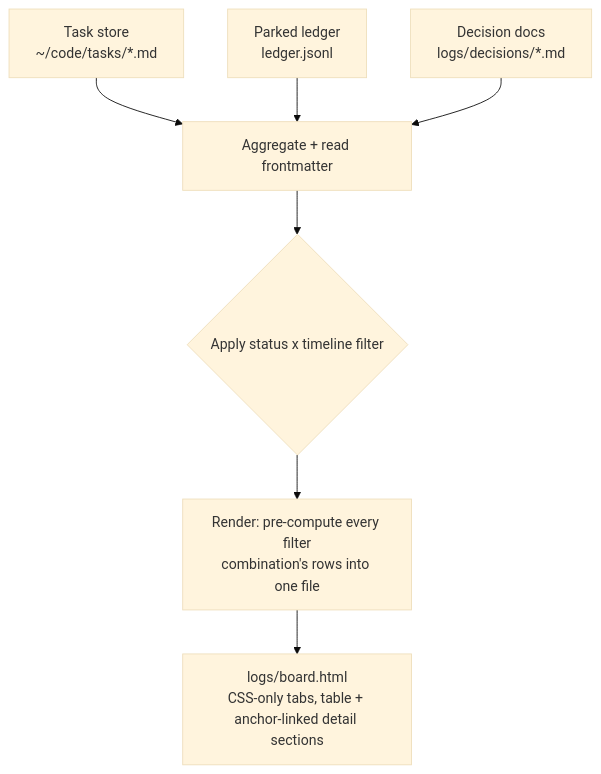
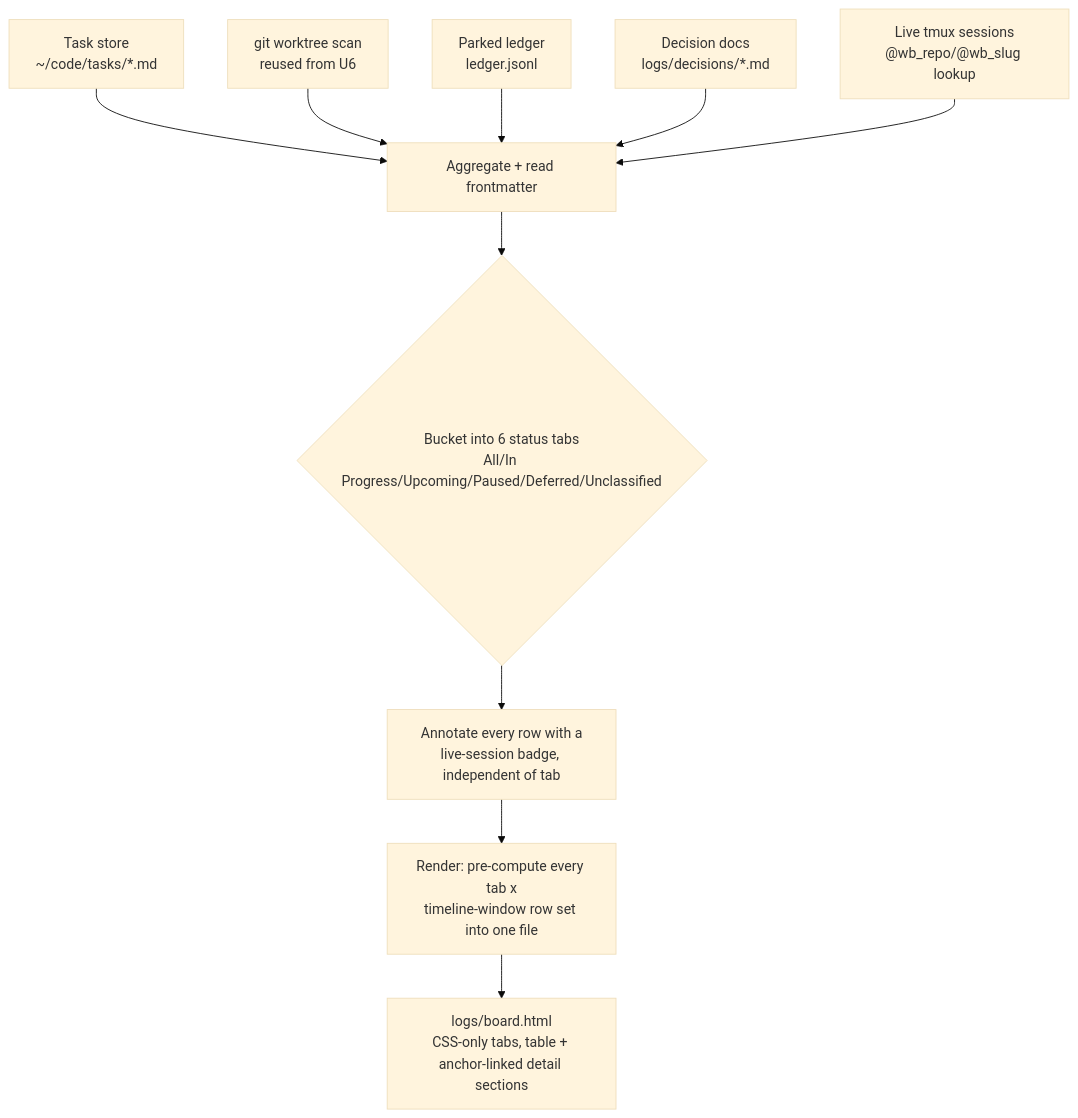
One commit to jetnoli-sportable/dotfiles changed the first of 2 diagrams in docs/plans/2026-07-08-001-feat-wb-workbench-extensions-plan.md. Above: the diagram before and after it, drawn with Mermaid (base theme). The commit also changed other lines of this file and 1 other file, not shown here.

First line of the commit message:
docs(plan): rework /board status model to 6 tabs + explicit merge-survivor UI

````diff
--- a/docs/plans/2026-07-08-001-feat-wb-workbench-extensions-plan.md
+++ b/docs/plans/2026-07-08-001-feat-wb-workbench-extensions-plan.md
@@ -155,9 +194,12 @@
 ```mermaid
 flowchart TB
   TS[Task store<br/>~/code/tasks/*.md] --> AGG
+  GW[git worktree scan<br/>reused from U6] --> AGG
   PL[Parked ledger<br/>ledger.jsonl] --> AGG
   DD[Decision docs<br/>logs/decisions/*.md] --> AGG
-  AGG[Aggregate + read frontmatter] --> FILT
-  FILT{Apply status x timeline filter} --> REND
-  REND[Render: pre-compute every filter<br/>combination's rows into one file] --> OUT[logs/board.html<br/>CSS-only tabs, table + anchor-linked detail sections]
+  LIVE[Live tmux sessions<br/>@wb_repo/@wb_slug lookup] --> AGG
+  AGG[Aggregate + read frontmatter] --> BUCKET
+  BUCKET{Bucket into 6 status tabs<br/>All/In Progress/Upcoming/Paused/Deferred/Unclassified} --> BADGE
+  BADGE[Annotate every row with a<br/>live-session badge, independent of tab] --> REND
+  REND[Render: pre-compute every tab x<br/>timeline-window row set into one file] --> OUT[logs/board.html<br/>CSS-only tabs, table + anchor-linked detail sections]
 ```
````
